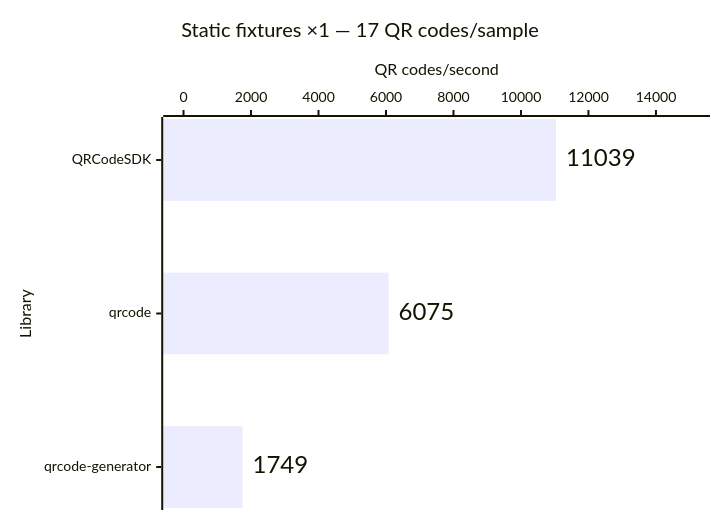
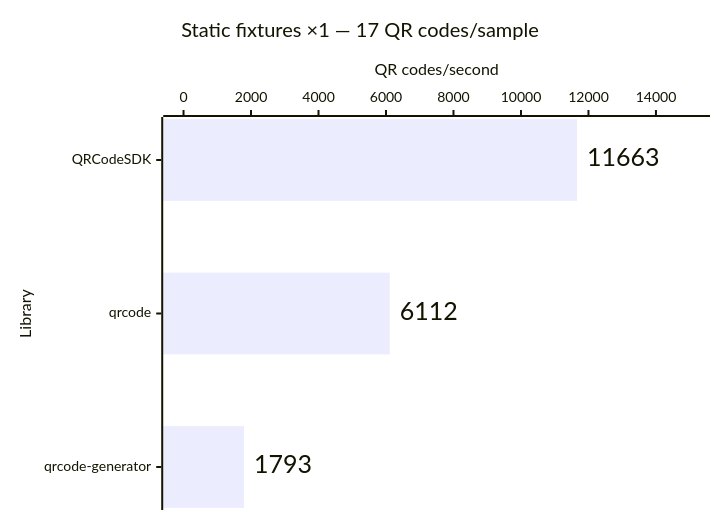
The first of 14 diagrams in apps/docs/src/content/docs/learn/performance.md (Dafnik/qrcodesdk), drawn with Mermaid before and after one commit. The commit also changed other lines of this file and 381 other files, not shown here.

````diff
--- a/apps/docs/src/content/docs/learn/performance.md
+++ b/apps/docs/src/content/docs/learn/performance.md
@@ -29,15 +29,15 @@
 ```mermaid
 ---
 config:
   xyChart:
     showDataLabel: true
     showDataLabelOutsideBar: true
 ---
 xychart horizontal
   accTitle: Matrix generation: Static fixtures ×1 — 17 QR codes/sample
-  accDescr: Throughput calculated from median time. QRCodeSDK 11,039 QR codes per second, qrcode 6,075 QR codes per second, qrcode-generator 1,749 QR codes per second. Higher is better.
+  accDescr: Throughput calculated from median time. QRCodeSDK 11,663 QR codes per second, qrcode 6,112 QR codes per second, qrcode-generator 1,793 QR codes per second. Higher is better.
   title "Static fixtures ×1 — 17 QR codes/sample"
   x-axis "Library" ["QRCodeSDK", "qrcode", "qrcode-generator"]
   y-axis "QR codes/second" 0 --> 15000
-  bar [11039, 6075, 1749]
+  bar [11663, 6112, 1793]
 ```
````
